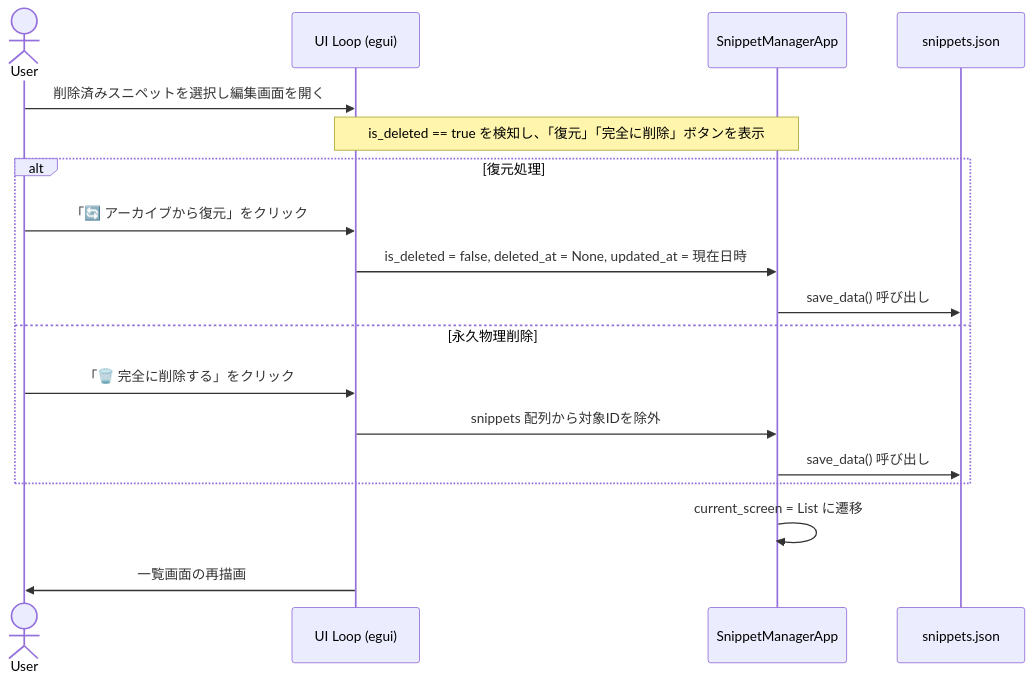
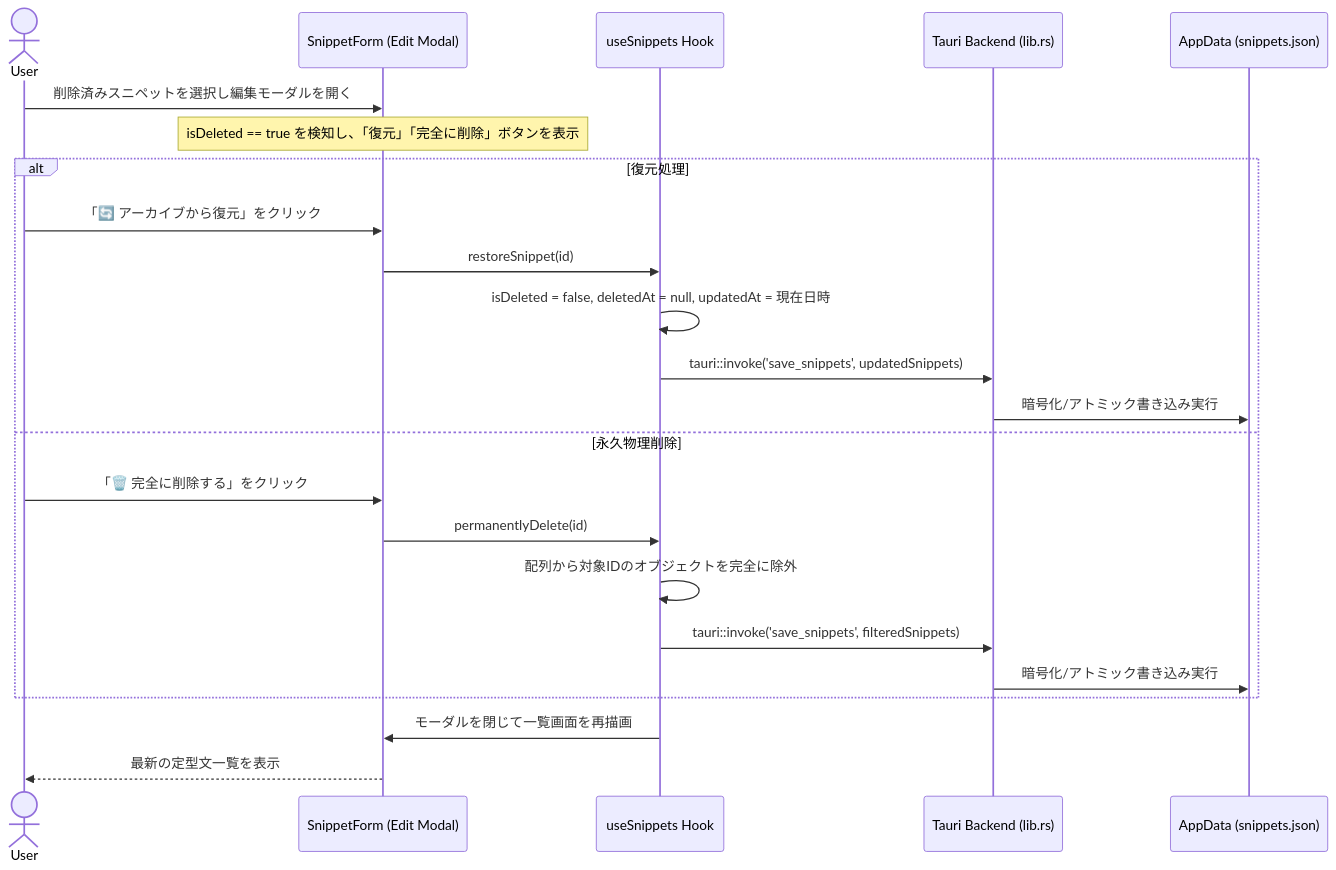
The sixth of 6 diagrams in docs/ja/DIAGRAM.md (tkshnkgwr/SnippetFlow), drawn with Mermaid before and after one commit. The commit also changed other lines of this file and 34 other files, not shown here.

````diff
--- a/docs/ja/DIAGRAM.md
+++ b/docs/ja/DIAGRAM.md
@@ -179,23 +177,28 @@
 ```mermaid
 sequenceDiagram
     actor User
-    participant UI as UI Loop (egui)
-    participant App as SnippetManagerApp
-    participant JSON as snippets.json
+    participant UI as SnippetForm (Edit Modal)
+    participant Hook as useSnippets Hook
+    participant Backend as Tauri Backend (lib.rs)
+    participant Storage as AppData (snippets.json)
 
-    User->>UI: 削除済みスニペットを選択し編集画面を開く
-    Note over UI,App: is_deleted == true を検知し、「復元」「完全に削除」ボタンを表示
+    User->>UI: 削除済みスニペットを選択し編集モーダルを開く
+    Note over UI: isDeleted == true を検知し、「復元」「完全に削除」ボタンを表示
     
     alt 復元処理
         User->>UI: 「🔄 アーカイブから復元」をクリック
-        UI->>App: is_deleted = false, deleted_at = None, updated_at = 現在日時
-        App->>JSON: save_data() 呼び出し
+        UI->>Hook: restoreSnippet(id)
+        Hook->>Hook: isDeleted = false, deletedAt = null, updatedAt = 現在日時
+        Hook->>Backend: tauri::invoke('save_snippets', updatedSnippets)
+        Backend->>Storage: 暗号化/アトミック書き込み実行
     else 永久物理削除
         User->>UI: 「🗑️ 完全に削除する」をクリック
-        UI->>App: snippets 配列から対象IDを除外
-        App->>JSON: save_data() 呼び出し
+        UI->>Hook: permanentlyDelete(id)
+        Hook->>Hook: 配列から対象IDのオブジェクトを完全に除外
+        Hook->>Backend: tauri::invoke('save_snippets', filteredSnippets)
+        Backend->>Storage: 暗号化/アトミック書き込み実行
     end
     
-    App->>App: current_screen = List に遷移
-    UI->>User: 一覧画面の再描画
+    Hook->>UI: モーダルを閉じて一覧画面を再描画
+    UI-->>User: 最新の定型文一覧を表示
 ```
````
